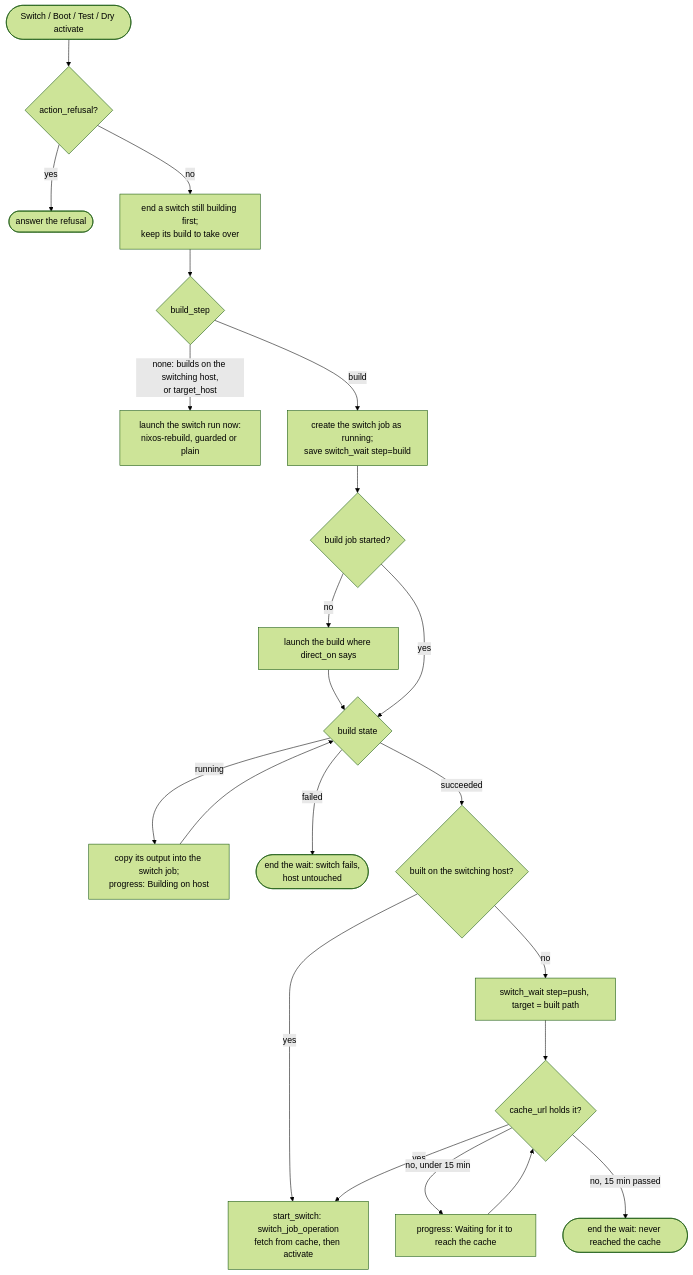
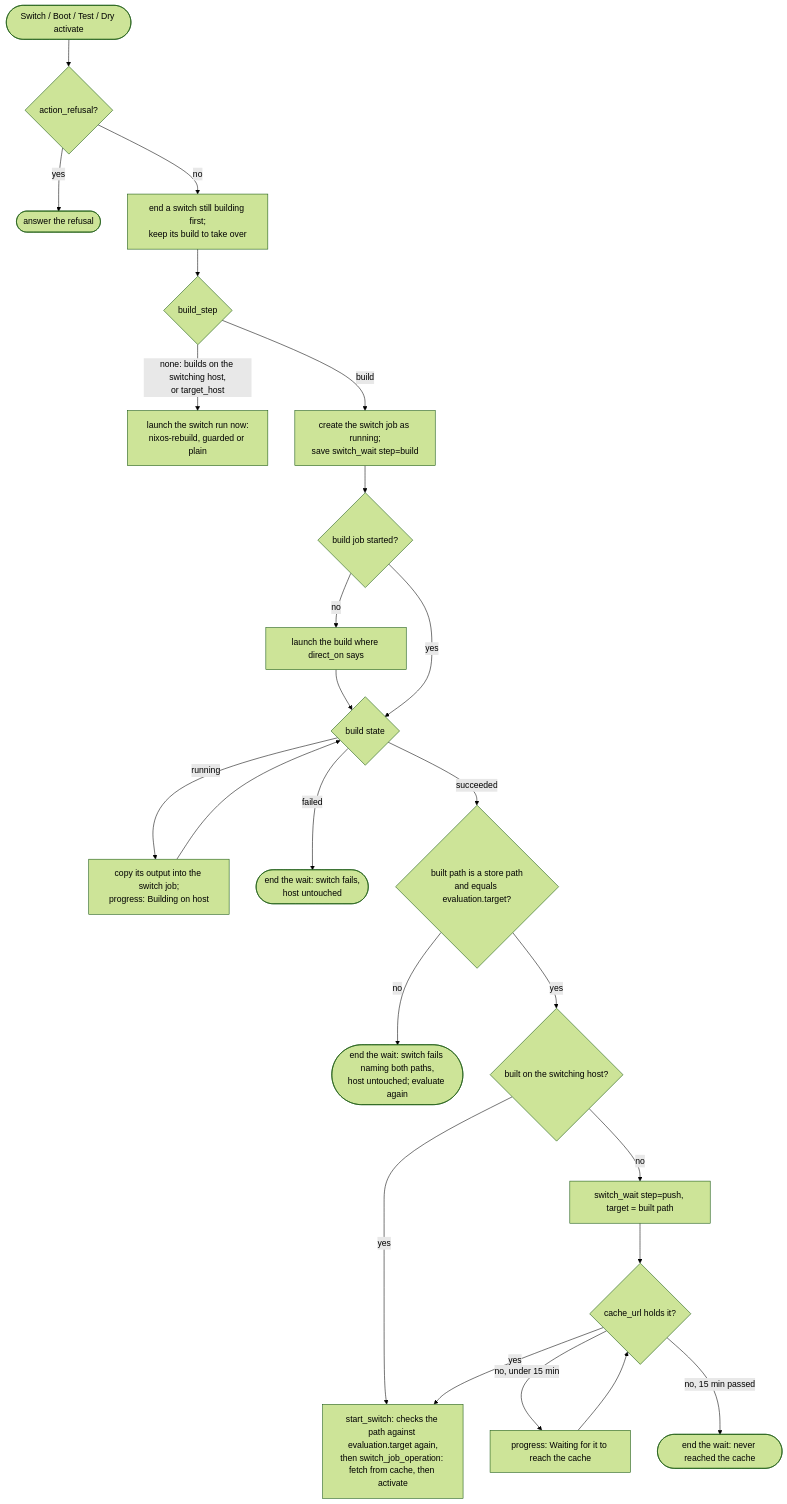
The eighth of 20 diagrams in docs/developer/flows.md (x-tech-laboratories/X-Nix), drawn with Mermaid (forest theme) before and after one commit. The commit also changed other lines of this file and 13 other files, not shown here.

First line of the commit message:
fix(deployment): switch only to the evaluated system, built at the evaluated commit

````diff
--- a/docs/developer/flows.md
+++ b/docs/developer/flows.md
@@ -197,24 +199,26 @@
 ```mermaid
 flowchart TD
     act([Switch / Boot / Test / Dry activate]) --> refuse{action_refusal?}
     refuse -- yes --> no([answer the refusal])
     refuse -- no --> pre[end a switch still building first;<br/>keep its build to take over]
     pre --> step{build_step}
     step -- "none: builds on the switching host,<br/>or target_host" --> direct[launch the switch run now:<br/>nixos-rebuild, guarded or plain]
     step -- build --> job[create the switch job as running;<br/>save switch_wait step=build]
     job --> b1{build job started?}
     b1 -- no --> b_launch[launch the build where direct_on says]
     b_launch --> b2
     b1 -- yes --> b2{build state}
     b2 -- running --> b_prog[copy its output into the switch job;<br/>progress: Building on host]
     b_prog --> b2
     b2 -- failed --> fail([end the wait: switch fails,<br/>host untouched])
-    b2 -- succeeded --> same{built on the switching host?}
+    b2 -- succeeded --> matches{built path is a store path<br/>and equals evaluation.target?}
+    matches -- no --> mismatch([end the wait: switch fails naming both paths,<br/>host untouched; evaluate again])
+    matches -- yes --> same{built on the switching host?}
     same -- yes --> start
     same -- no --> push[switch_wait step=push, target = built path]
     push --> holds{cache_url holds it?}
-    holds -- yes --> start[start_switch: switch_job_operation<br/>fetch from cache, then activate]
+    holds -- yes --> start[start_switch: checks the path against evaluation.target again,<br/>then switch_job_operation: fetch from cache, then activate]
     holds -- "no, under 15 min" --> wait[progress: Waiting for it to reach the cache]
     wait --> holds
     holds -- "no, 15 min passed" --> fail2([end the wait: never reached the cache])
 ```
````
